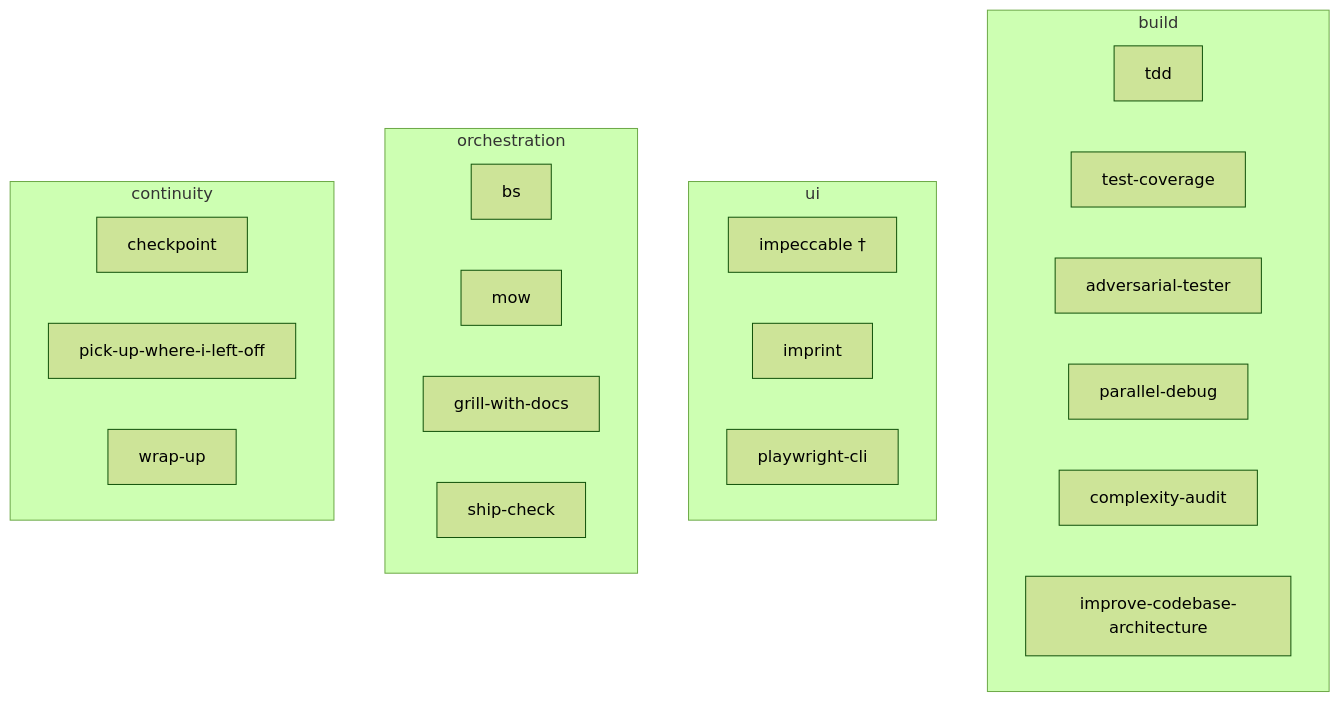
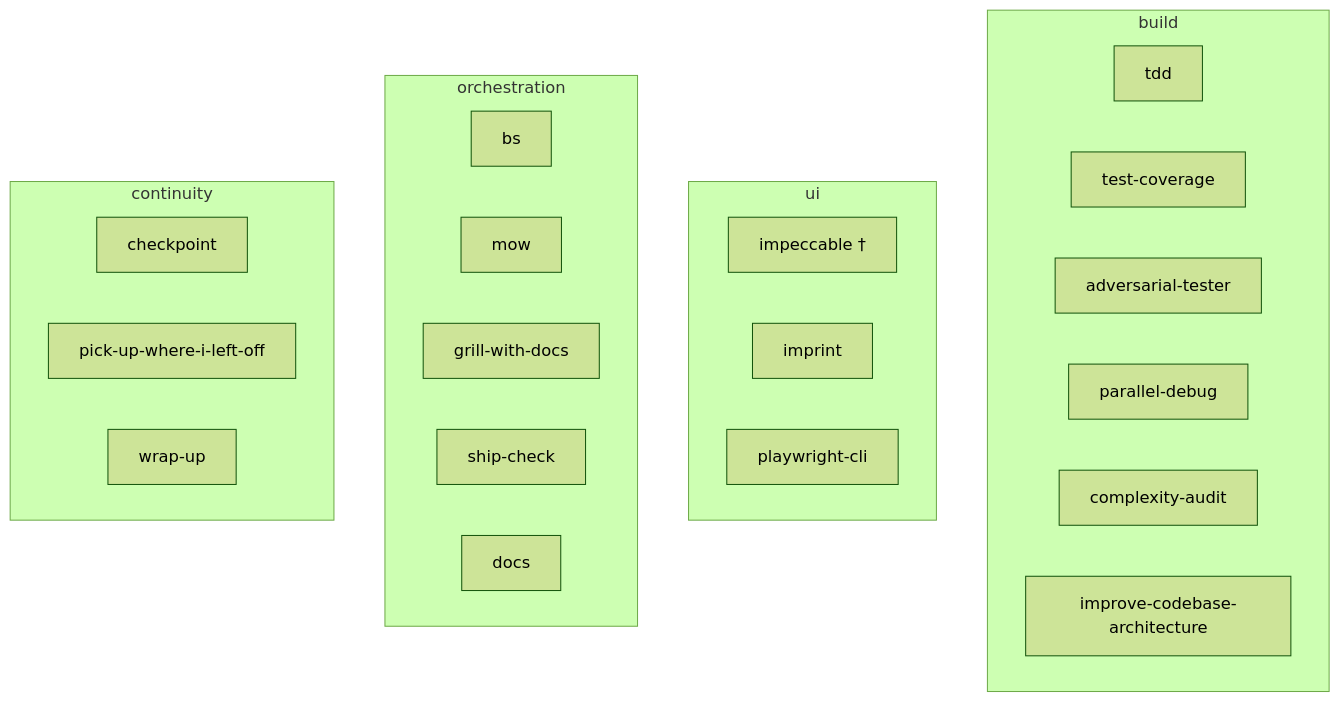
One commit to ozanozcan/ai-wow changed the seventh of 17 diagrams in HOW-TO-USE.human.md. Above: the diagram before and after it, drawn with Mermaid (forest theme). The commit also changed other lines of this file and 112 other files, not shown here.

````diff
--- a/HOW-TO-USE.human.md
+++ b/HOW-TO-USE.human.md
@@ -274,16 +274,16 @@
 ```mermaid
 flowchart TD
   subgraph BUILD["build"]
     B1["tdd"]; B2["test-coverage"]; B3["adversarial-tester"]
     B4["parallel-debug"]; B5["complexity-audit"]; B6["improve-codebase-architecture"]
   end
   subgraph UI["ui"]
     U1["impeccable †"]; U2["imprint"]; U3["playwright-cli"]
   end
   subgraph ORCH["orchestration"]
-    O0["bs"]; O1["mow"]; O2["grill-with-docs"]; O3["ship-check"]
+    O0["bs"]; O1["mow"]; O2["grill-with-docs"]; O3["ship-check"]; O4["docs"]
   end
   subgraph CONT["continuity"]
     C1["checkpoint"]; C2["pick-up-where-i-left-off"]; C3["wrap-up"]
   end
 ```
````
